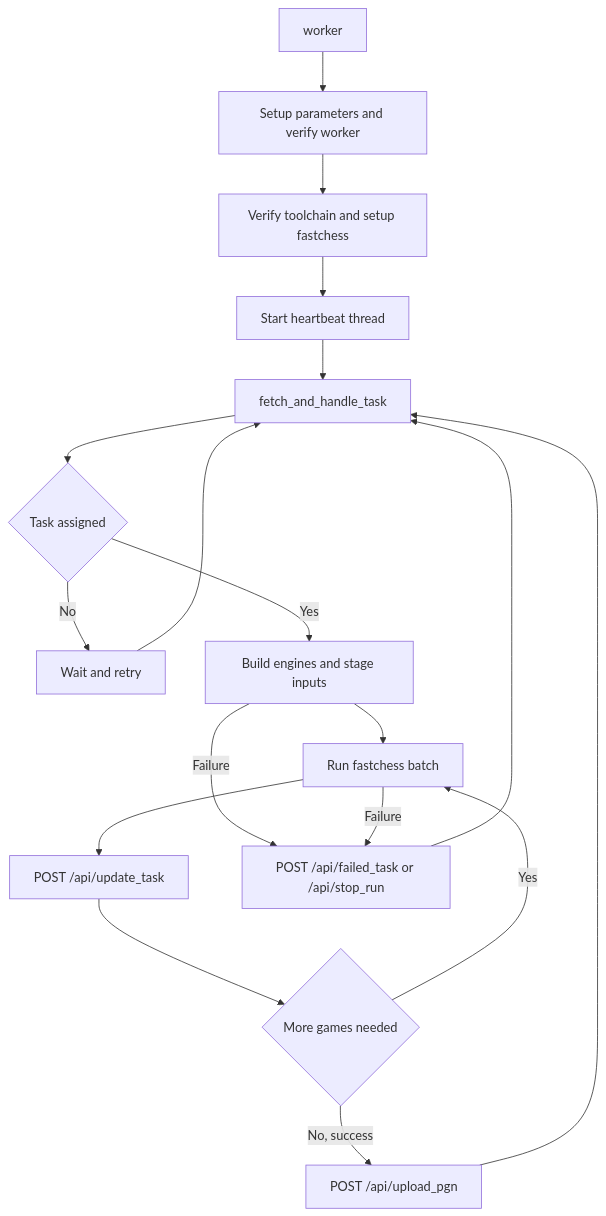
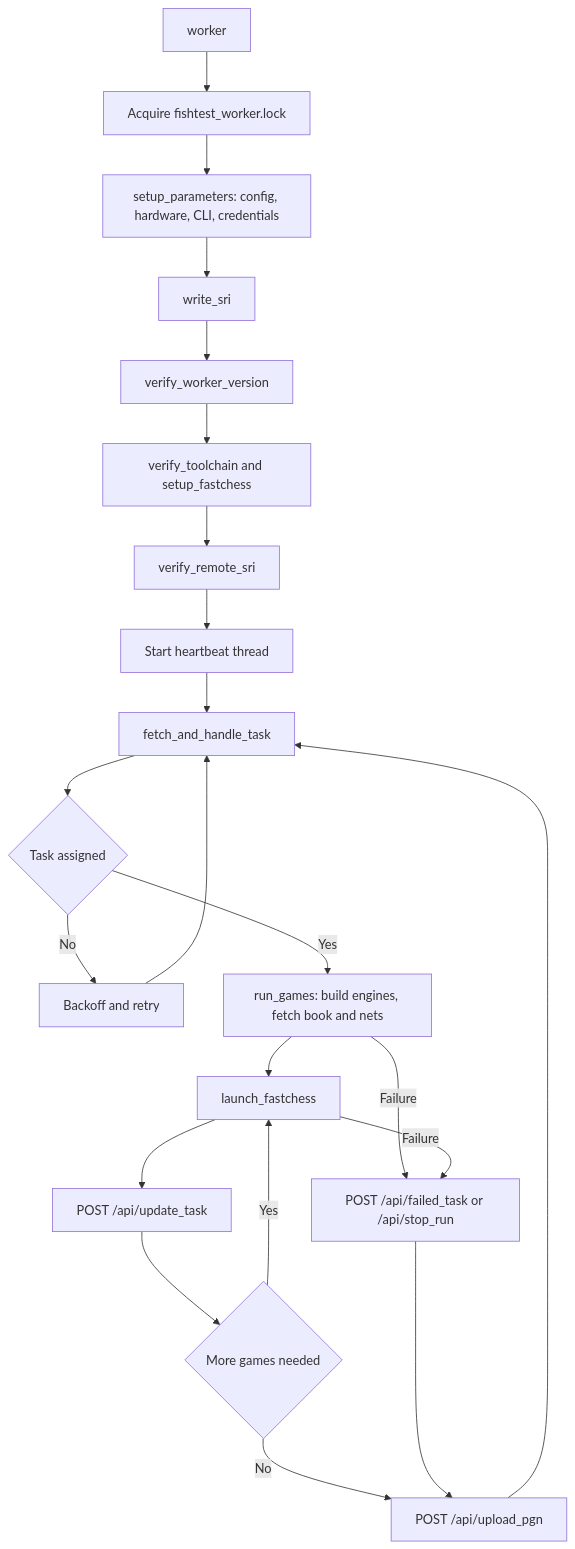
The diagram in docs/6-worker.md (ppigazzini/fishtest), drawn with Mermaid before and after one commit. The commit also changed other lines of this file and 1 other file, not shown here.

First line of the commit message:
docs(api,worker): align both ends of the worker protocol with the code

````diff
--- a/docs/6-worker.md
+++ b/docs/6-worker.md
@@ -36,17 +51,21 @@
 ```mermaid
 flowchart TD
-   start[worker] --> init[Setup parameters and verify worker]
-   init --> toolchain[Verify toolchain and setup fastchess]
-   toolchain --> heartbeat[Start heartbeat thread]
+   start[worker] --> lock[Acquire fishtest_worker.lock]
+   lock --> init[setup_parameters: config, hardware, CLI, credentials]
+   init --> sri[write_sri]
+   sri --> version[verify_worker_version]
+   version --> toolchain[verify_toolchain and setup_fastchess]
+   toolchain --> remote[verify_remote_sri]
+   remote --> heartbeat[Start heartbeat thread]
    heartbeat --> fetch[fetch_and_handle_task]
    fetch --> assigned{Task assigned}
-   assigned -- No --> retry[Wait and retry] --> fetch
-   assigned -- Yes --> prep[Build engines and stage inputs]
-   prep --> batch[Run fastchess batch]
+   assigned -- No --> retry[Backoff and retry] --> fetch
+   assigned -- Yes --> prep[run_games: build engines, fetch book and nets]
+   prep --> batch[launch_fastchess]
    batch --> report[POST /api/update_task]
    report --> more{More games needed}
    more -- Yes --> batch
-   more -- No, success --> upload[POST /api/upload_pgn] --> fetch
-   prep -- Failure --> stop[POST /api/failed_task or /api/stop_run] --> fetch
-   batch -- Failure --> stop
+   more -- No --> upload[POST /api/upload_pgn] --> fetch
+   prep -- Failure --> fail[POST /api/failed_task or /api/stop_run] --> upload
+   batch -- Failure --> fail
 ```
````
